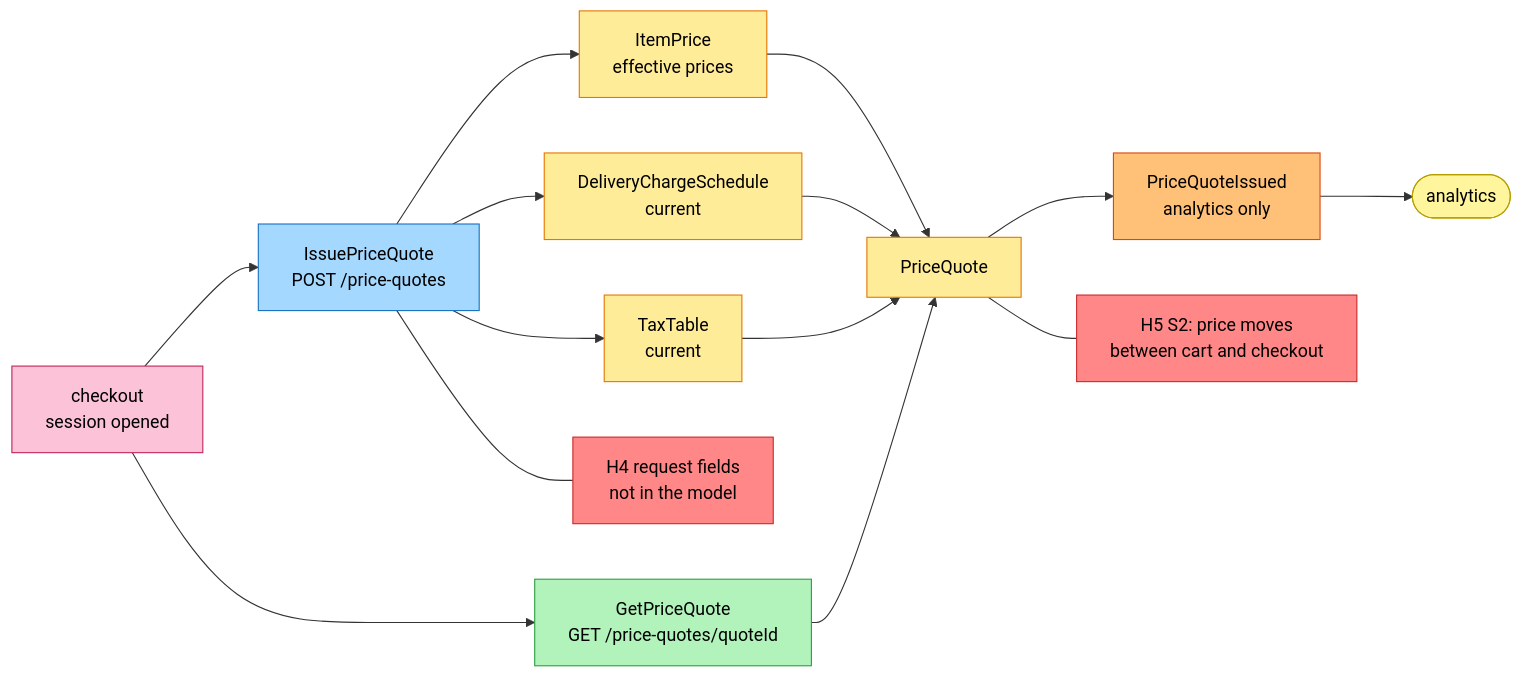
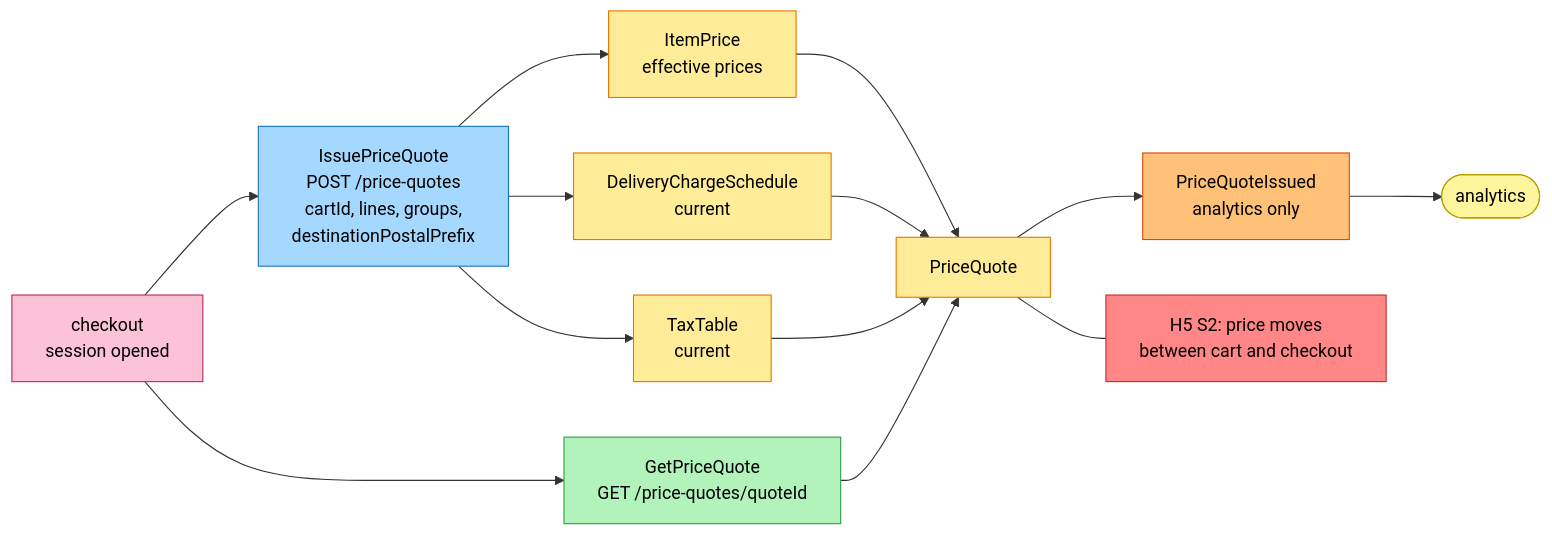
The third of 4 diagrams in storefront/docs/contexts/pricing/eventstorming.md (IQVO/warehouse-docs), drawn with Mermaid before and after one commit. The commit also changed other lines of this file and 1 other file, not shown here.

Commit message:
docs(storefront): model-fix 2/7 - pricing pack: close withdraw/cancel/expiry/request-field hotspots (partial: eventstorming + aggregate canvas)

````diff
--- a/storefront/docs/contexts/pricing/eventstorming.md
+++ b/storefront/docs/contexts/pricing/eventstorming.md
@@ -139,36 +134,34 @@
 ```mermaid
 flowchart LR
     CK["checkout<br/>session opened"]:::external
-    C5["IssuePriceQuote<br/>POST /price-quotes"]:::command
+    C5["IssuePriceQuote<br/>POST /price-quotes<br/>cartId, lines, groups,<br/>destinationPostalPrefix"]:::command
     G1["ItemPrice<br/>effective prices"]:::aggregate
     G2["DeliveryChargeSchedule<br/>current"]:::aggregate
     G3["TaxTable<br/>current"]:::aggregate
     G4["PriceQuote"]:::aggregate
     E3["PriceQuoteIssued<br/>analytics only"]:::event
     AN(["analytics"]):::actor
     RM1["GetPriceQuote<br/>GET /price-quotes/quoteId"]:::readmodel
-    H4["H4 request fields<br/>not in the model"]:::hotspot
     H5["H5 S2: price moves<br/>between cart and checkout"]:::hotspot
 
     CK --> C5
     C5 --> G1
     C5 --> G2
     C5 --> G3
     G1 --> G4
     G2 --> G4
     G3 --> G4
     G4 --> E3
     E3 --> AN
     CK --> RM1
     RM1 --> G4
-    C5 --- H4
     G4 --- H5
 
     classDef actor fill:#fff59d,stroke:#b59f00,color:#000
     classDef command fill:#a5d8ff,stroke:#1971c2,color:#000
     classDef aggregate fill:#ffec99,stroke:#e67700,color:#000
     classDef event fill:#ffc078,stroke:#d9480f,color:#000
     classDef readmodel fill:#b2f2bb,stroke:#2f9e44,color:#000
     classDef external fill:#fcc2d7,stroke:#c2255c,color:#000
     classDef hotspot fill:#ff8787,stroke:#c92a2a,color:#000
 ```
````
